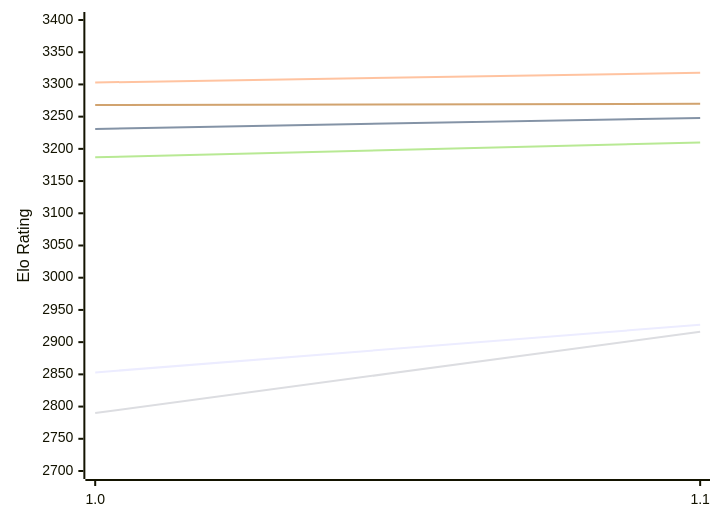
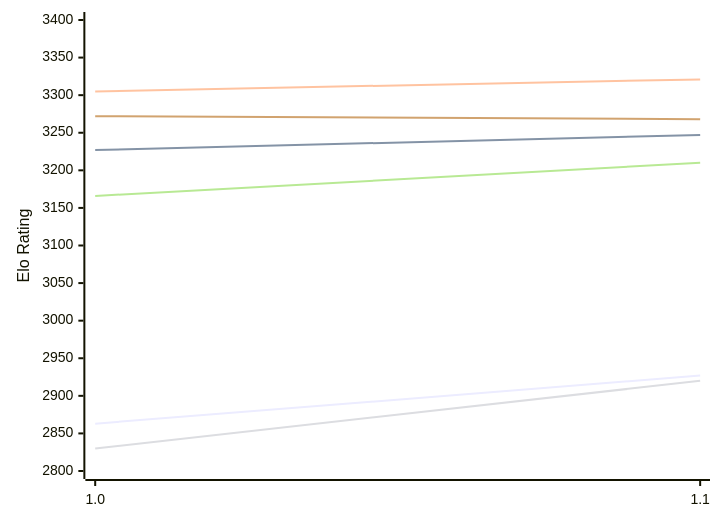
The first of 2 diagrams in engines/RodentV.md (computer-chess-index/cci), drawn with Mermaid before and after one commit. The commit also changed other lines of this file, not shown here.

Commit message:
Update CCI Ratings (ELO VLTC) - 2026-11-17

````diff
--- a/engines/RodentV.md
+++ b/engines/RodentV.md
@@ -50,12 +50,12 @@
 ```mermaid
 %%{init: {"theme":"base","themeVariables":{"seriesColors:['#a3a3a3','#222221','#faa371']}}}%%
 xychart-beta
   x-axis ["1.0", "1.1"]
-  y-axis "Elo Rating" 2700 --> 3400
-  line "E1: STC (8.0+0.08s)" [2853, 2927]
-  line "E1: LTC (60.0+0.60s)" [3231, 3248]
-  line "E1: VLTC (2m24s+1.12s)" [3303, 3318]
-  line "P1: STC (8.0+0.08s)" [2790, 2916]
-  line "P1: LTC (60.0+0.60s)" [3187, 3210]
-  line "P1: VLTC (2m24s+1.12s)" [3268, 3270]
+  y-axis "Elo Rating" 2800 --> 3400
+  line "E1: STC (8.0+0.08s)" [2863, 2927]
+  line "E1: LTC (60.0+0.60s)" [3227, 3247]
+  line "E1: VLTC (2m24s+1.12s)" [3305, 3321]
+  line "P1: STC (8.0+0.08s)" [2830, 2920]
+  line "P1: LTC (60.0+0.60s)" [3166, 3210]
+  line "P1: VLTC (2m24s+1.12s)" [3272, 3268]
 ```
````
